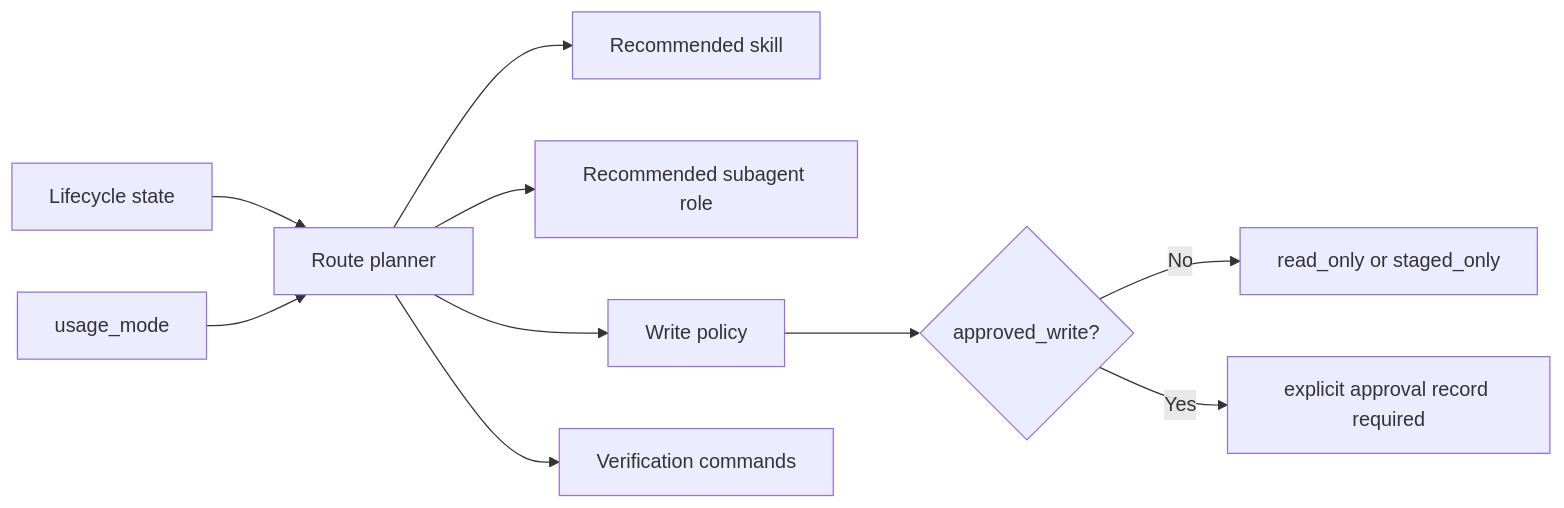
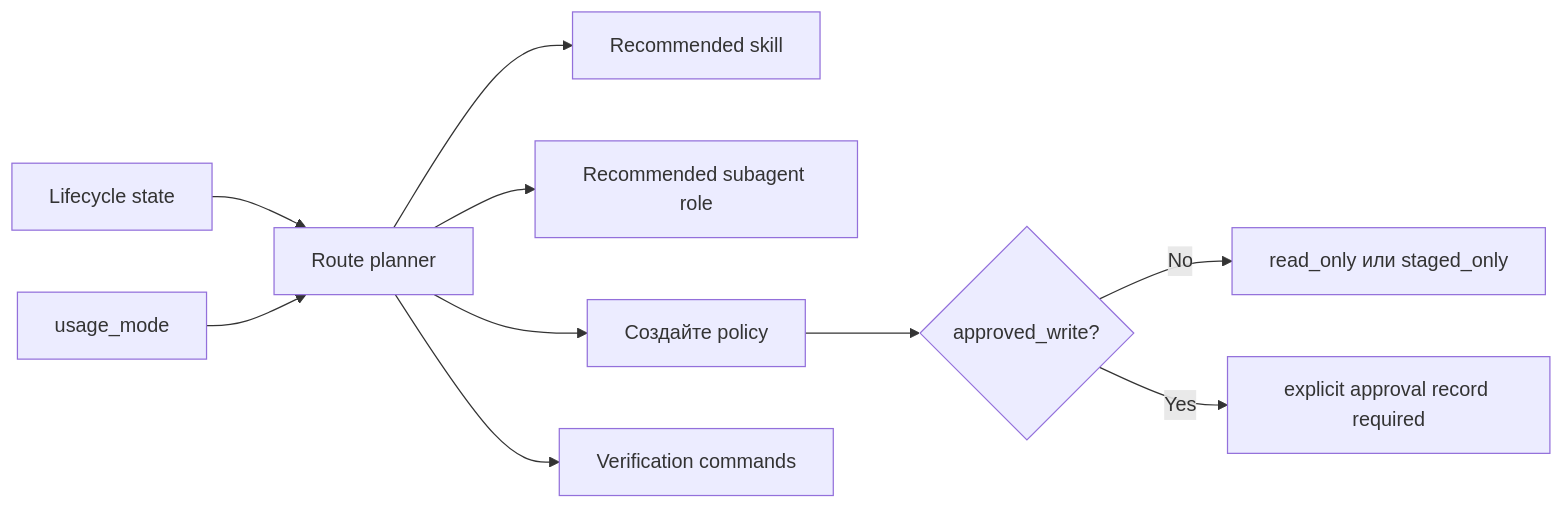
One commit to alexroadcaster/product-agent-os changed the fourth of 9 diagrams in docs/product-agent-os/architecture.md. Above: the diagram before and after it, drawn with Mermaid. The commit also changed other lines of this file and 447 other files, not shown here.

````diff
--- a/docs/product-agent-os/architecture.md
+++ b/docs/product-agent-os/architecture.md
@@ -117,12 +117,12 @@
 ```mermaid
 flowchart LR
     S["Lifecycle state"] --> R["Route planner"]
     U["usage_mode"] --> R
     R --> K["Recommended skill"]
     R --> A["Recommended subagent role"]
-    R --> W["Write policy"]
+    R --> W["Создайте policy"]
     R --> V["Verification commands"]
     W --> P{"approved_write?"}
-    P -->|No| O["read_only or staged_only"]
+    P -->|No| O["read_only или staged_only"]
     P -->|Yes| G["explicit approval record required"]
 ```
````
